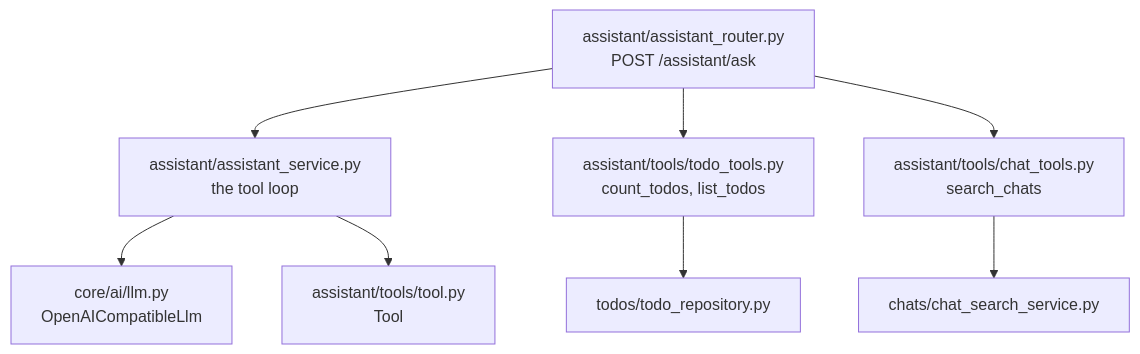
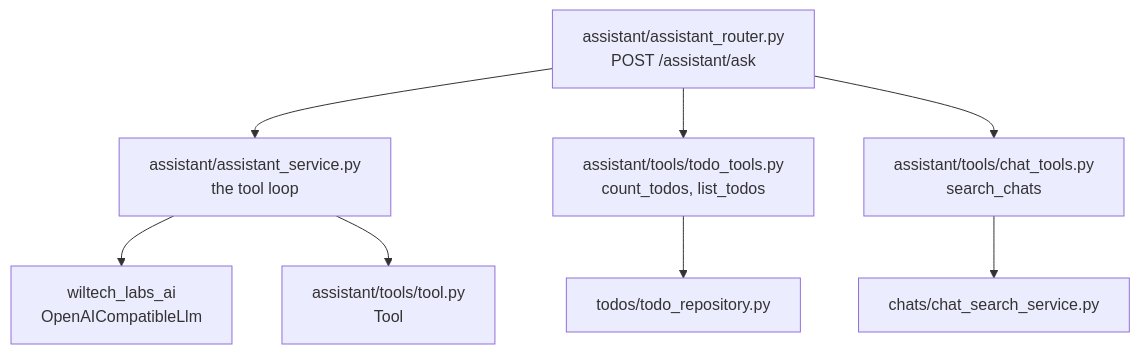
The fifth of 5 diagrams in Tutorials/fastapi-ai/docs/ask-your-data.md (wilferraciolli/PythonTutorials), drawn with Mermaid before and after one commit. The commit also changed other lines of this file and 132 other files, not shown here.

````diff
--- a/Tutorials/fastapi-ai/docs/ask-your-data.md
+++ b/Tutorials/fastapi-ai/docs/ask-your-data.md
@@ -206,10 +206,10 @@
 ```mermaid
 flowchart TD
     R[assistant/assistant_router.py<br/>POST /assistant/ask] --> S[assistant/assistant_service.py<br/>the tool loop]
-    S --> LLM[core/ai/llm.py<br/>OpenAICompatibleLlm]
+    S --> LLM[wiltech_labs_ai<br/>OpenAICompatibleLlm]
     S --> Tools[assistant/tools/tool.py<br/>Tool]
     R --> TT[assistant/tools/todo_tools.py<br/>count_todos, list_todos]
     R --> CT[assistant/tools/chat_tools.py<br/>search_chats]
     TT --> TR[todos/todo_repository.py]
     CT --> SS[chats/chat_search_service.py]
 ```
````
